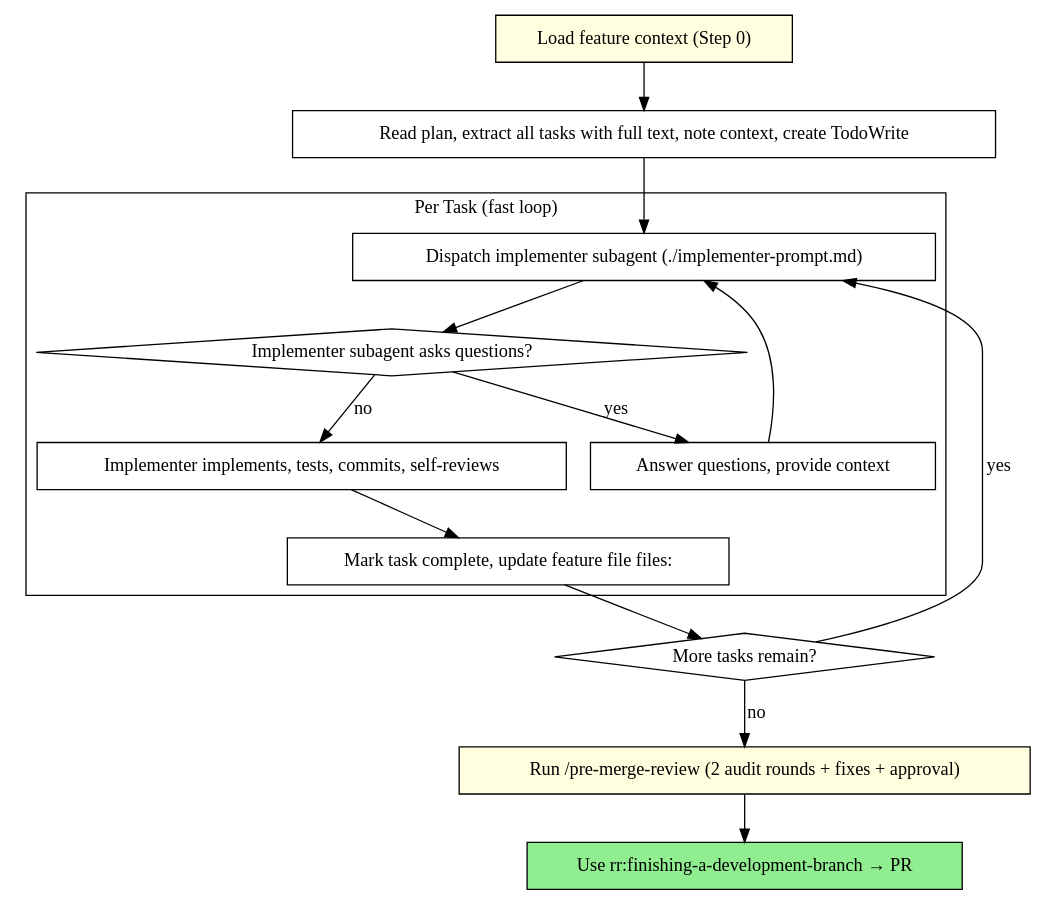
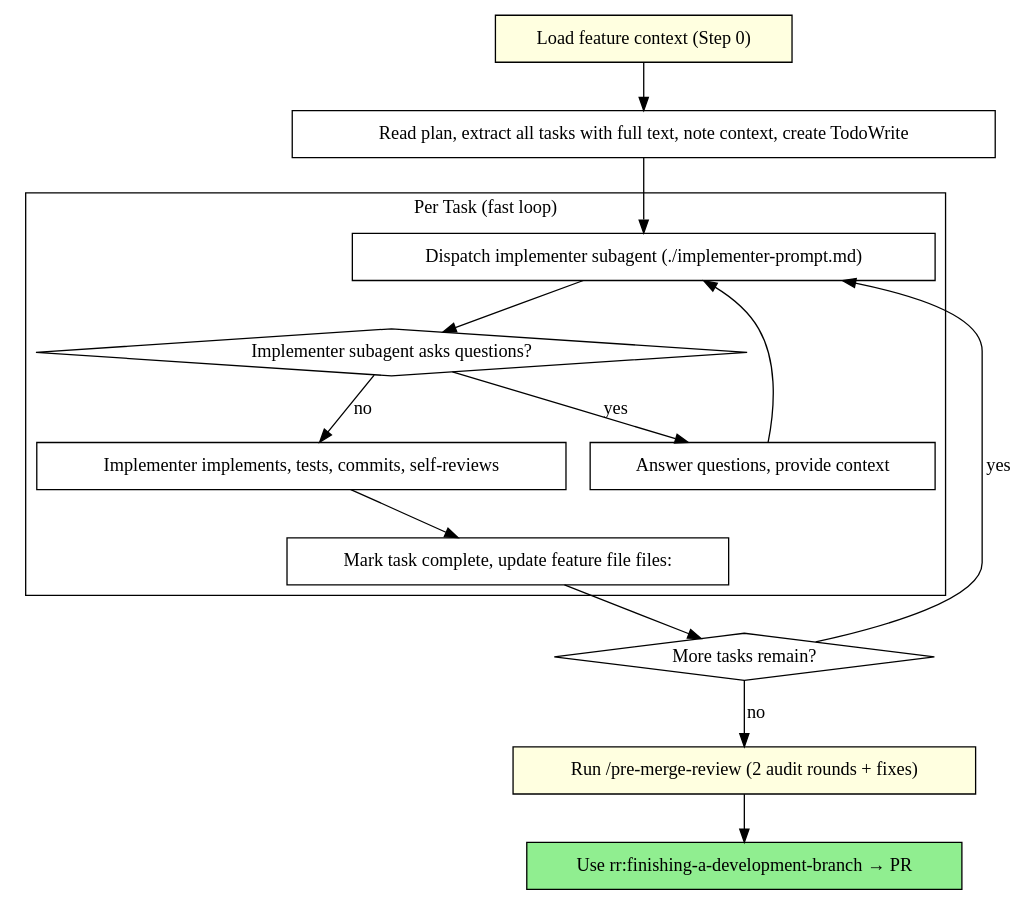
One commit to kulfix/rezavo-plugins changed the second of 2 diagrams in plugins/rr/skills/subagent-driven-development/SKILL.md. Above: the diagram before and after it, drawn with Graphviz. The commit also changed other lines of this file and 4 other files, not shown here.

First line of the commit message:
feat(rr): v2.1.14 — continuous flow, educational brainstorming

````diff
--- a/plugins/rr/skills/subagent-driven-development/SKILL.md
+++ b/plugins/rr/skills/subagent-driven-development/SKILL.md
@@ -71,33 +71,33 @@
 ```dot
 digraph process {
     rankdir=TB;
 
     "Load feature context (Step 0)" [shape=box style=filled fillcolor=lightyellow];
 
     subgraph cluster_per_task {
         label="Per Task (fast loop)";
         "Dispatch implementer subagent (./implementer-prompt.md)" [shape=box];
         "Implementer subagent asks questions?" [shape=diamond];
         "Answer questions, provide context" [shape=box];
         "Implementer implements, tests, commits, self-reviews" [shape=box];
         "Mark task complete, update feature file files:" [shape=box];
     }
 
     "Read plan, extract all tasks with full text, note context, create TodoWrite" [shape=box];
     "More tasks remain?" [shape=diamond];
-    "Run /pre-merge-review (2 audit rounds + fixes + approval)" [shape=box style=filled fillcolor=lightyellow];
+    "Run /pre-merge-review (2 audit rounds + fixes)" [shape=box style=filled fillcolor=lightyellow];
     "Use rr:finishing-a-development-branch → PR" [shape=box style=filled fillcolor=lightgreen];
 
     "Load feature context (Step 0)" -> "Read plan, extract all tasks with full text, note context, create TodoWrite";
     "Read plan, extract all tasks with full text, note context, create TodoWrite" -> "Dispatch implementer subagent (./implementer-prompt.md)";
     "Dispatch implementer subagent (./implementer-prompt.md)" -> "Implementer subagent asks questions?";
     "Implementer subagent asks questions?" -> "Answer questions, provide context" [label="yes"];
     "Answer questions, provide context" -> "Dispatch implementer subagent (./implementer-prompt.md)";
     "Implementer subagent asks questions?" -> "Implementer implements, tests, commits, self-reviews" [label="no"];
     "Implementer implements, tests, commits, self-reviews" -> "Mark task complete, update feature file files:";
     "Mark task complete, update feature file files:" -> "More tasks remain?";
     "More tasks remain?" -> "Dispatch implementer subagent (./implementer-prompt.md)" [label="yes"];
-    "More tasks remain?" -> "Run /pre-merge-review (2 audit rounds + fixes + approval)" [label="no"];
-    "Run /pre-merge-review (2 audit rounds + fixes + approval)" -> "Use rr:finishing-a-development-branch → PR";
+    "More tasks remain?" -> "Run /pre-merge-review (2 audit rounds + fixes)" [label="no"];
+    "Run /pre-merge-review (2 audit rounds + fixes)" -> "Use rr:finishing-a-development-branch → PR";
 }
 ```
````
